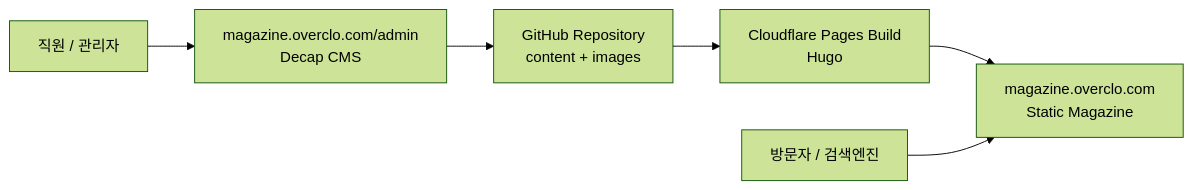
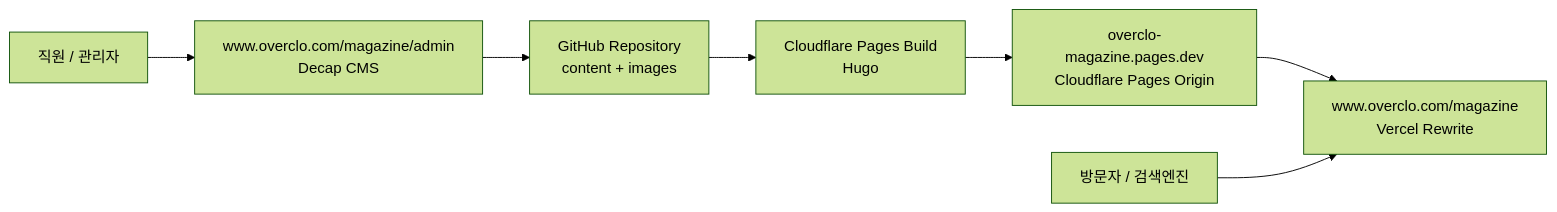
Before and after one commit to jyng033/overclo: the diagram in docs/MAGAZINE_PLATFORM_PLAN.md, drawn with Mermaid (forest theme). The commit also changed other lines of this file and 6 other files, not shown here.

````diff
--- a/docs/MAGAZINE_PLATFORM_PLAN.md
+++ b/docs/MAGAZINE_PLATFORM_PLAN.md
@@ -75,15 +70,17 @@
 ```mermaid
 flowchart LR
   Staff["직원 / 관리자"]
-  Admin["magazine.overclo.com/admin<br/>Decap CMS"]
+  Admin["www.overclo.com/magazine/admin<br/>Decap CMS"]
   GitHub["GitHub Repository<br/>content + images"]
   Build["Cloudflare Pages Build<br/>Hugo"]
-  Public["magazine.overclo.com<br/>Static Magazine"]
+  Origin["overclo-magazine.pages.dev<br/>Cloudflare Pages Origin"]
+  Public["www.overclo.com/magazine<br/>Vercel Rewrite"]
   Visitor["방문자 / 검색엔진"]
 
   Staff --> Admin
   Admin --> GitHub
   GitHub --> Build
-  Build --> Public
+  Build --> Origin
+  Origin --> Public
   Visitor --> Public
 ```
````
